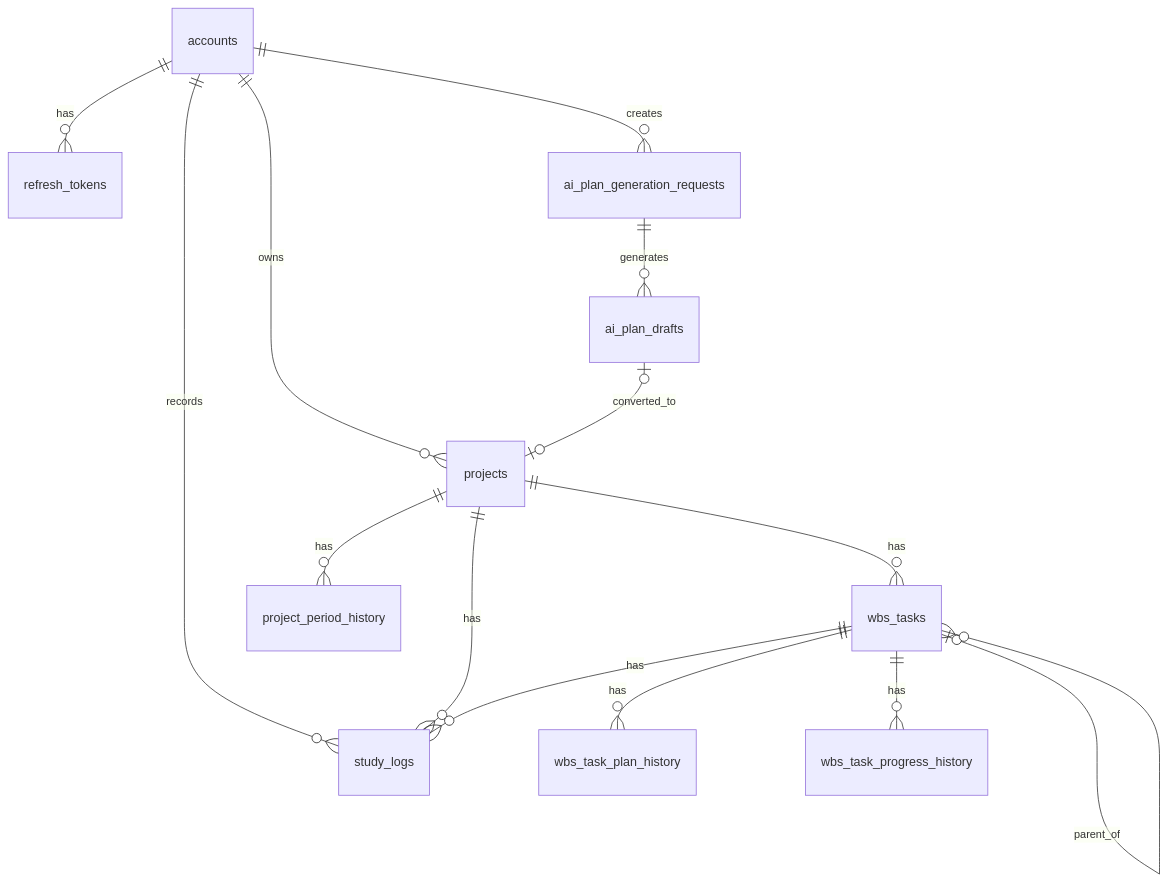
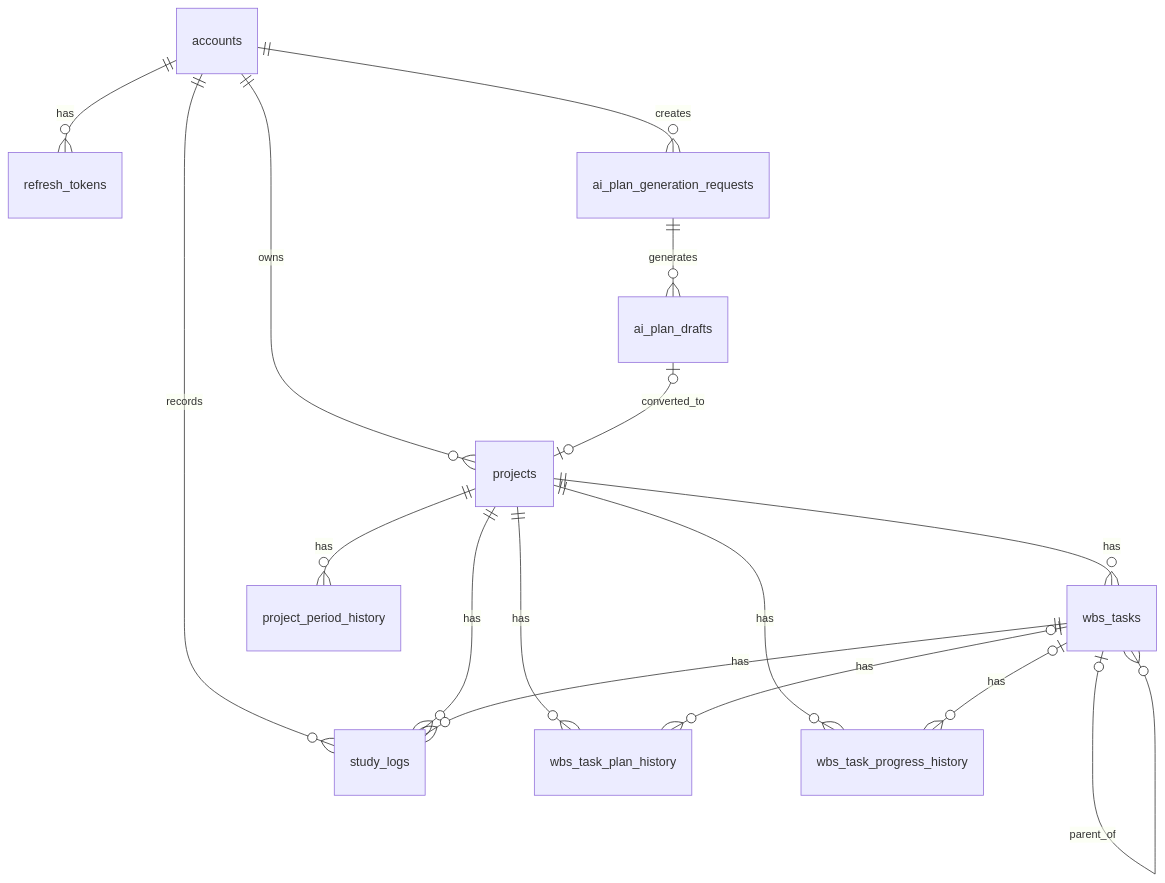
The diagram in docs/basic-design/data-model.md (ichime-develop/study-pm), drawn with Mermaid before and after one commit. The commit also changed other lines of this file and 10 other files, not shown here.

````diff
--- a/docs/basic-design/data-model.md
+++ b/docs/basic-design/data-model.md
@@ -236,19 +238,21 @@
 ```mermaid
 erDiagram
     accounts ||--o{ projects : owns
     accounts ||--o{ refresh_tokens : has
     accounts ||--o{ study_logs : records
     accounts ||--o{ ai_plan_generation_requests : creates
 
     projects ||--o{ wbs_tasks : has
     projects ||--o{ project_period_history : has
+    projects ||--o{ wbs_task_plan_history : has
+    projects ||--o{ wbs_task_progress_history : has
     projects ||--o{ study_logs : has
 
     wbs_tasks |o--o{ wbs_tasks : parent_of
-    wbs_tasks ||--o{ wbs_task_plan_history : has
-    wbs_tasks ||--o{ wbs_task_progress_history : has
+    wbs_tasks |o--o{ wbs_task_plan_history : has
+    wbs_tasks |o--o{ wbs_task_progress_history : has
     wbs_tasks ||--o{ study_logs : has
 
     ai_plan_generation_requests ||--o{ ai_plan_drafts : generates
     ai_plan_drafts |o--o| projects : converted_to
 ```
````
